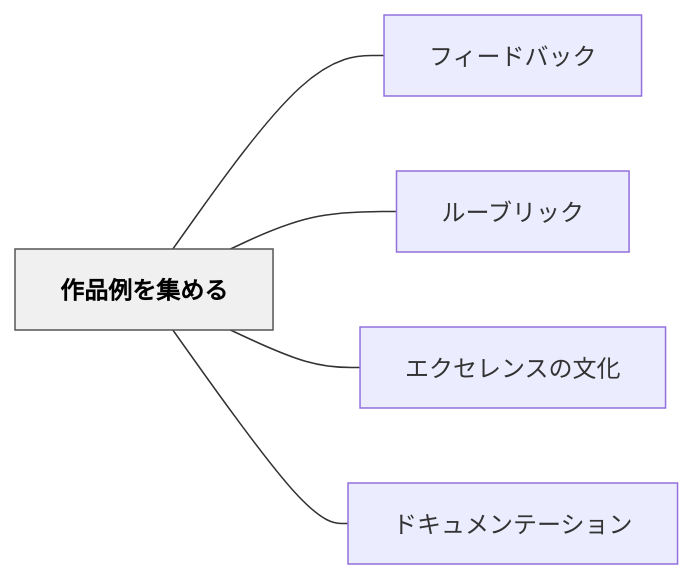
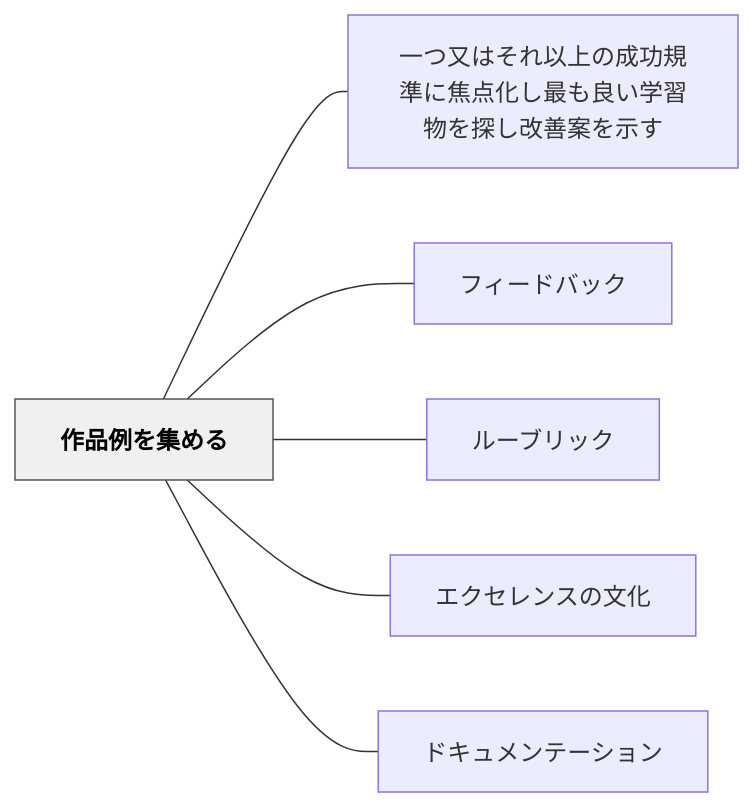
Before and after one commit to unknownthings-ed-patterns/unknownthings-ed-patterns: the diagram in content/パタン/作品例を集める.md, drawn with Mermaid. The commit also changed other lines of this file and 473 other files, not shown here.

````diff
--- a/content/パタン/作品例を集める.md
+++ b/content/パタン/作品例を集める.md
@@ -52,16 +53,18 @@
 ```mermaid
 flowchart LR
     ne4bd9ce59381["作品例を集める"]
+    ne4b880e381a4["一つ又はそれ以上の成功規準に焦点化し最も良い学習物を探し改善案を示す"]
     ne38395e382a3["フィードバック"]
     ne383abe383bc["ルーブリック"]
     ne382a8e382af["エクセレンスの文化"]
     ne38389e382ad["ドキュメンテーション"]
 
+    ne4bd9ce59381 --- ne4b880e381a4
     ne4bd9ce59381 --- ne38395e382a3
     ne4bd9ce59381 --- ne383abe383bc
     ne4bd9ce59381 --- ne382a8e382af
     ne4bd9ce59381 --- ne38389e382ad
 
     classDef hub fill:#f0f0f0,stroke:#555,color:#000,font-weight:bold
     class ne4bd9ce59381 hub
 ```
````
